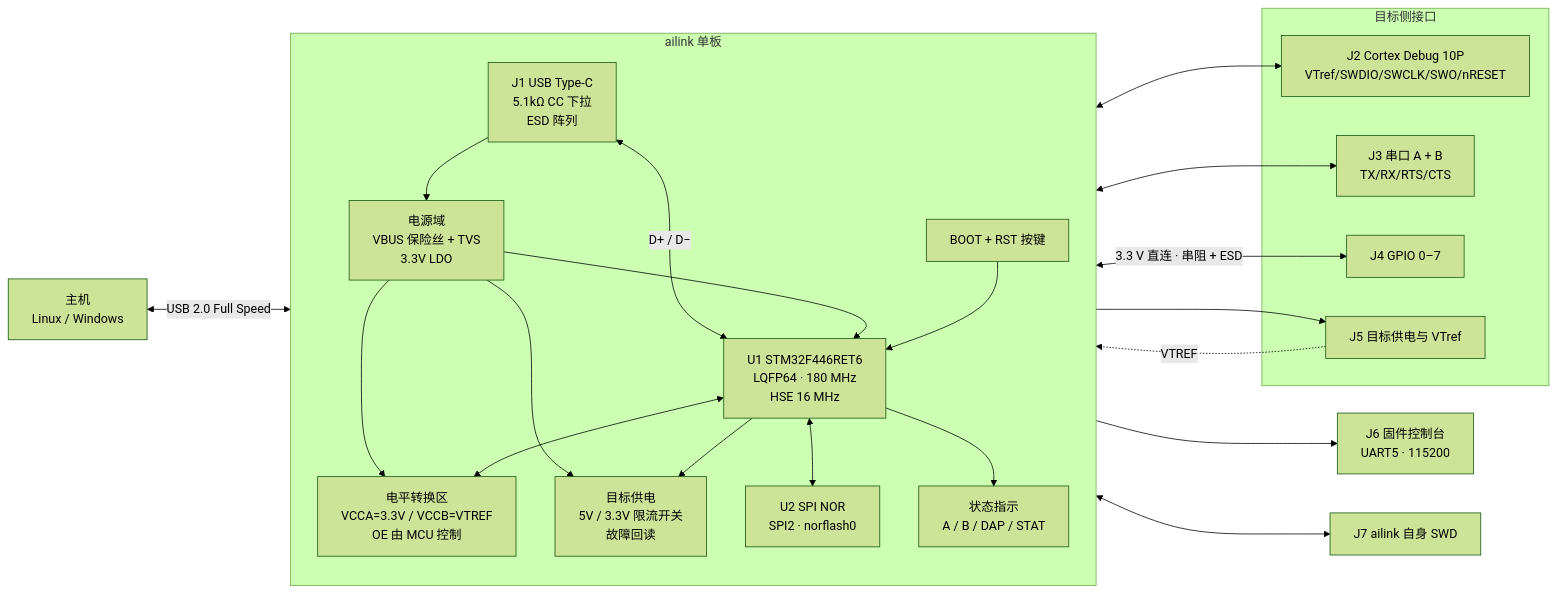
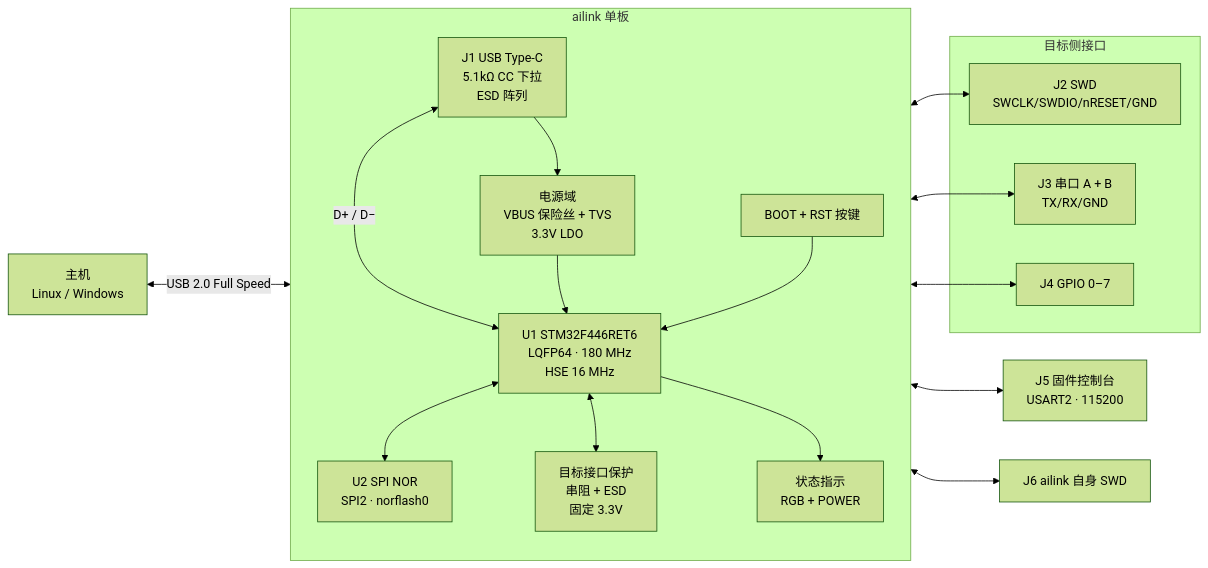
Before and after one commit to Huanfiy/ailink-pcb: the diagram in product.md, drawn with Mermaid (forest theme). The commit also changed other lines of this file, not shown here.

````diff
--- a/product.md
+++ b/product.md
@@ -147,45 +153,38 @@
 ```mermaid
 flowchart LR
     HOST["主机<br/>Linux / Windows"]
 
     subgraph AILINK["ailink 单板"]
         direction TB
         USBC["J1 USB Type-C<br/>5.1kΩ CC 下拉<br/>ESD 阵列"]
         PWR["电源域<br/>VBUS 保险丝 + TVS<br/>3.3V LDO"]
         MCU["U1 STM32F446RET6<br/>LQFP64 · 180 MHz<br/>HSE 16 MHz"]
         FLASH["U2 SPI NOR<br/>SPI2 · norflash0"]
-        LS["电平转换区<br/>VCCA=3.3V / VCCB=VTREF<br/>OE 由 MCU 控制"]
-        TPWR["目标供电<br/>5V / 3.3V 限流开关<br/>故障回读"]
-        LED["状态指示<br/>A / B / DAP / STAT"]
+        PROTECT["目标接口保护<br/>串阻 + ESD<br/>固定 3.3V"]
+        LED["状态指示<br/>RGB + POWER"]
         BTN["BOOT + RST 按键"]
     end
 
     subgraph TGT["目标侧接口"]
-        JSWD["J2 Cortex Debug 10P<br/>VTref/SWDIO/SWCLK/SWO/nRESET"]
-        JUART["J3 串口 A + B<br/>TX/RX/RTS/CTS"]
+        JSWD["J2 SWD<br/>SWCLK/SWDIO/nRESET/GND"]
+        JUART["J3 串口 A + B<br/>TX/RX/GND"]
         JGPIO["J4 GPIO 0–7"]
-        JPWR["J5 目标供电与 VTref"]
     end
 
-    JCON["J6 固件控制台<br/>UART5 · 115200"]
-    JDBG["J7 ailink 自身 SWD"]
+    JCON["J5 固件控制台<br/>USART2 · 115200"]
+    JDBG["J6 ailink 自身 SWD"]
 
     HOST <-->|"USB 2.0 Full Speed"| USBC
     USBC --> PWR
     USBC <-->|"D+ / D−"| MCU
     PWR --> MCU
-    PWR --> LS
-    PWR --> TPWR
     MCU <--> FLASH
-    MCU <--> LS
+    MCU <--> PROTECT
     MCU --> LED
     BTN --> MCU
-    MCU --> TPWR
-    LS <--> JSWD
-    LS <--> JUART
-    MCU <-->|"3.3 V 直连 · 串阻 + ESD"| JGPIO
-    TPWR --> JPWR
-    JPWR -.->|"VTREF"| LS
-    MCU --> JCON
+    PROTECT <--> JSWD
+    PROTECT <--> JUART
+    PROTECT <--> JGPIO
+    PROTECT <--> JCON
     MCU <--> JDBG
 ```
````
